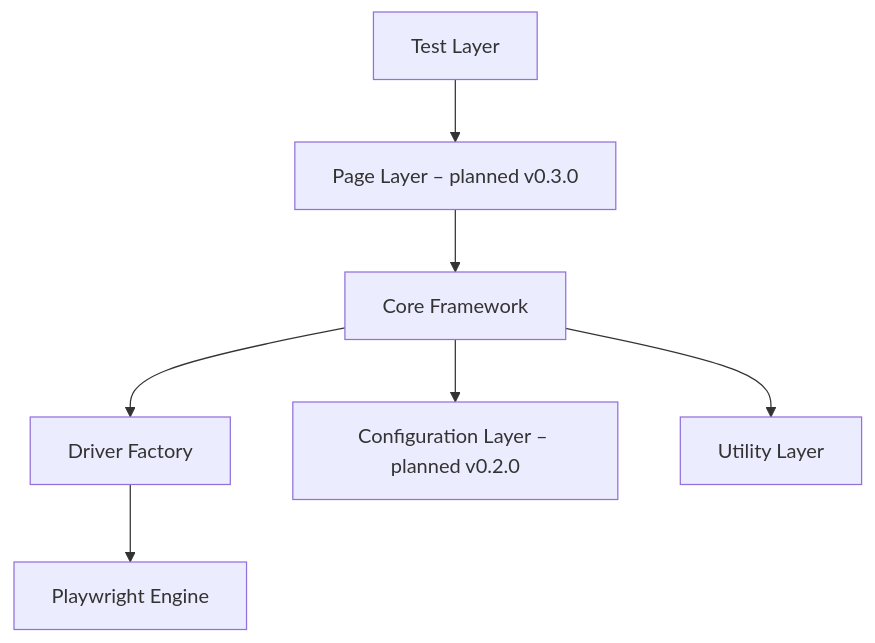
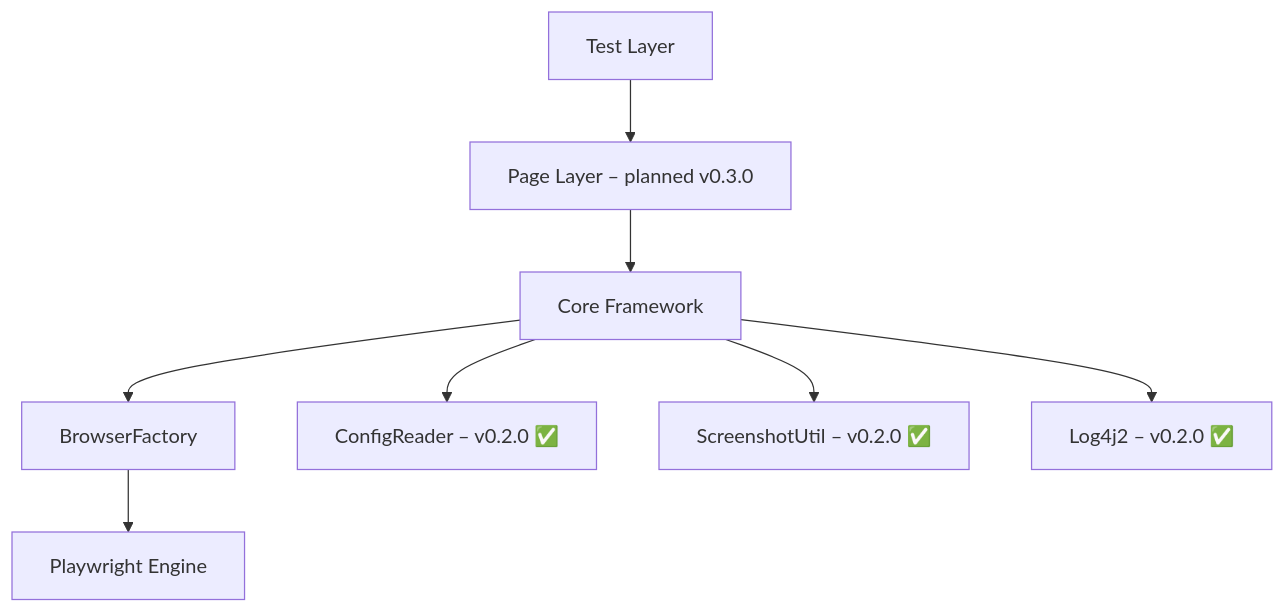
Before and after one commit to opencode-qa/hybrid-framework: the second of 4 diagrams in README.md, drawn with Mermaid. The commit also changed other lines of this file and 22 other files, not shown here.

First line of the commit message:
🎯 v0.2.0: Core Utilities & Configuration Engine (#18)

````diff
--- a/README.md
+++ b/README.md
@@ -165,17 +132,10 @@
 ```mermaid
 graph TD
-
-    Tests[Test Layer]
-
-    Tests --> Pages[Page Layer – planned v0.3.0]
-
+    Tests[Test Layer] --> Pages[Page Layer – planned v0.3.0]
     Pages --> Core[Core Framework]
-
-    Core --> Driver[Driver Factory]
-
-    Core --> Config[Configuration Layer – planned v0.2.0]
-
-    Core --> Utils[Utility Layer]
-
+    Core --> Driver[BrowserFactory]
+    Core --> Config[ConfigReader – v0.2.0 ✅]
+    Core --> Utils[ScreenshotUtil – v0.2.0 ✅]
+    Core --> Logging[Log4j2 – v0.2.0 ✅]
     Driver --> PW[Playwright Engine]
 ```
````
